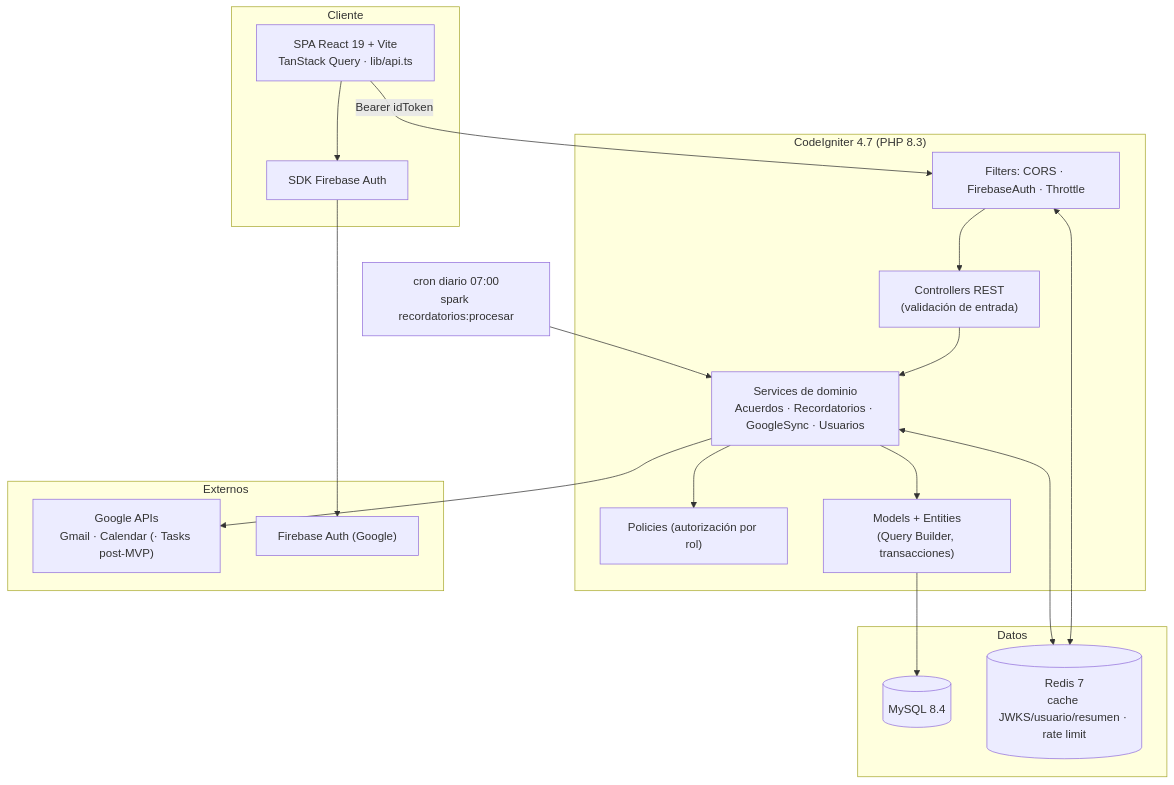
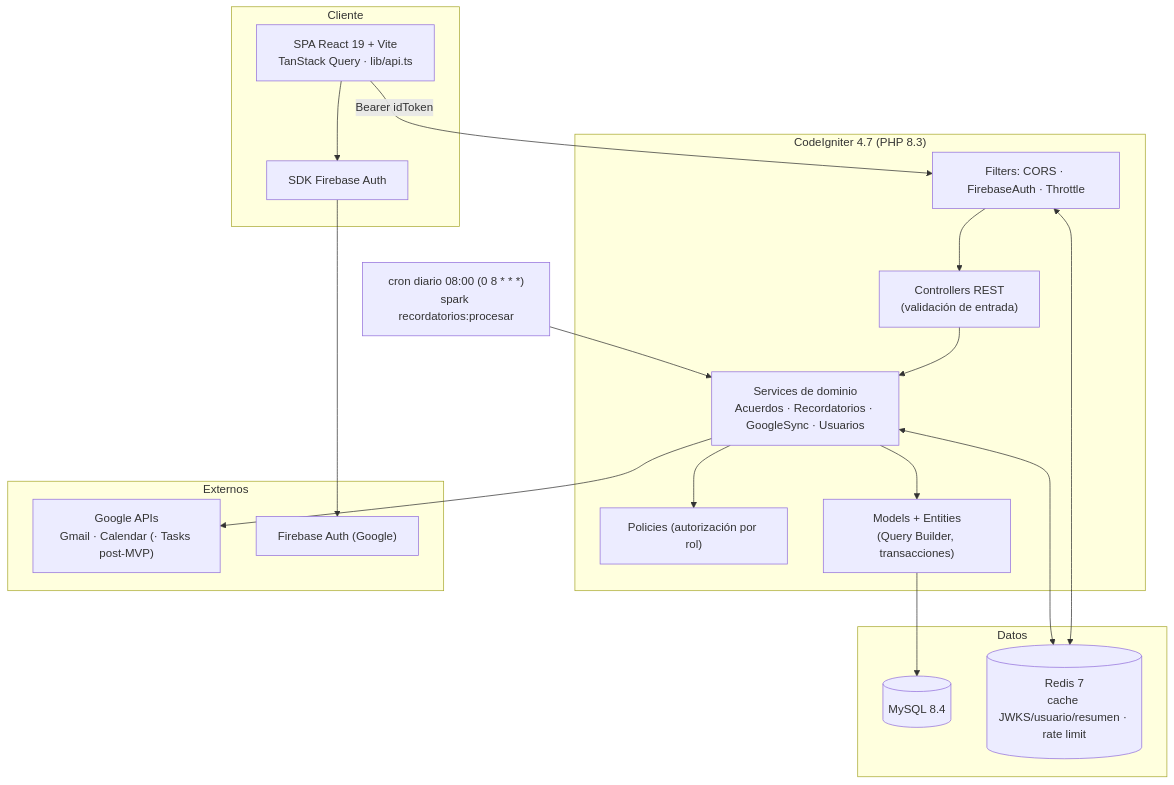
Before and after one commit to dagargon89/seguimiento_acuerdos_mvp: the first of 5 diagrams in docs/02-arquitectura/02_arquitectura_sistema.md, drawn with Mermaid. The commit also changed other lines of this file and 3 other files, not shown here.

````diff
--- a/docs/02-arquitectura/02_arquitectura_sistema.md
+++ b/docs/02-arquitectura/02_arquitectura_sistema.md
@@ -24,31 +24,31 @@
 ```mermaid
 flowchart TB
     subgraph Cliente
         SPA["SPA React 19 + Vite<br/>TanStack Query · lib/api.ts"]
         FB["SDK Firebase Auth"]
     end
     subgraph API["CodeIgniter 4.7 (PHP 8.3)"]
         FIL["Filters: CORS · FirebaseAuth · Throttle"]
         CTRL["Controllers REST<br/>(validación de entrada)"]
         SVC["Services de dominio<br/>Acuerdos · Recordatorios · GoogleSync · Usuarios"]
         POL["Policies (autorización por rol)"]
         MOD["Models + Entities<br/>(Query Builder, transacciones)"]
     end
     subgraph Datos
         MY[("MySQL 8.4")]
         RD[("Redis 7<br/>cache JWKS/usuario/resumen · rate limit")]
     end
     subgraph Externos
         GAPI["Google APIs<br/>Gmail · Calendar (· Tasks post-MVP)"]
         FBA["Firebase Auth (Google)"]
     end
-    CRON["cron diario 07:00<br/>spark recordatorios:procesar"]
+    CRON["cron diario 08:00 (0 8 * * *)<br/>spark recordatorios:procesar"]
 
     SPA --> FB --> FBA
     SPA -- "Bearer idToken" --> FIL --> CTRL --> SVC --> MOD --> MY
     SVC --> POL
     FIL <--> RD
     SVC <--> RD
     CRON --> SVC
     SVC --> GAPI
 ```
````
